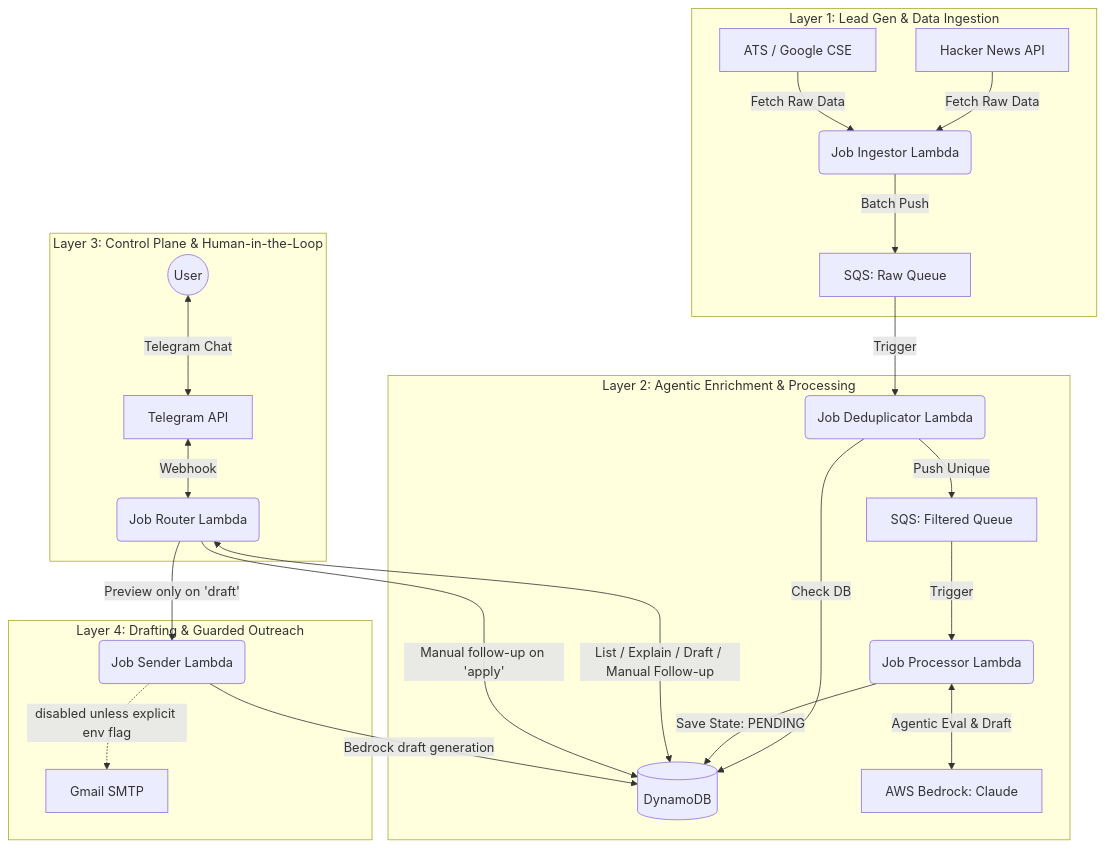
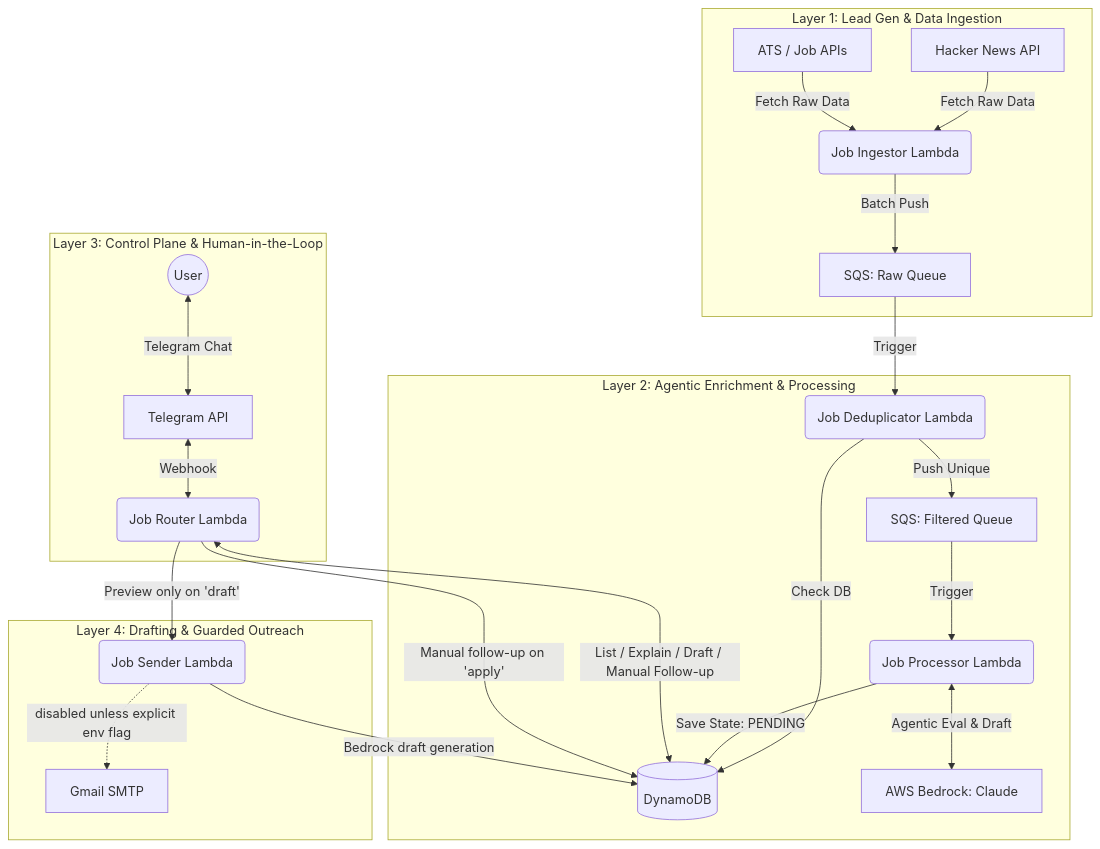
The diagram in Architecture_Doc.md (Nites-24/jobhunt), drawn with Mermaid before and after one commit. The commit also changed other lines of this file and 12 other files, not shown here.

````diff
--- a/Architecture_Doc.md
+++ b/Architecture_Doc.md
@@ -9,35 +39,35 @@
 ```mermaid
 graph TD
   %% Data Sources
   HN[Hacker News API]
-  ATS[ATS / Google CSE]
+  ATS[ATS / Job APIs]
 
   subgraph Layer 1: Lead Gen & Data Ingestion
     HN -->|Fetch Raw Data| Ing(Job Ingestor Lambda)
     ATS -->|Fetch Raw Data| Ing
     Ing -->|Batch Push| SQSRaw[SQS: Raw Queue]
   end
 
   subgraph Layer 2: Agentic Enrichment & Processing
     SQSRaw -->|Trigger| Dedup(Job Deduplicator Lambda)
     Dedup -->|Check DB| DB[(DynamoDB)]
     Dedup -->|Push Unique| SQSFilter[SQS: Filtered Queue]
     
     SQSFilter -->|Trigger| Proc(Job Processor Lambda)
     Proc <-->|Agentic Eval & Draft| LLM[AWS Bedrock: Claude]
     Proc -->|Save State: PENDING| DB
   end
 
   subgraph Layer 3: Control Plane & Human-in-the-Loop
     User((User)) <-->|Telegram Chat| TG[Telegram API]
     TG <-->|Webhook| Router(Job Router Lambda)
     Router <-->|List / Explain / Draft / Manual Follow-up| DB
   end
 
   subgraph Layer 4: Drafting & Guarded Outreach
     Router -->|Preview only on 'draft'| Sender(Job Sender Lambda)
     Sender -->|Bedrock draft generation| DB
     Router -->|Manual follow-up on 'apply'| DB
     Sender -. disabled unless explicit env flag .-> Mail[Gmail SMTP]
   end
 ```
````
